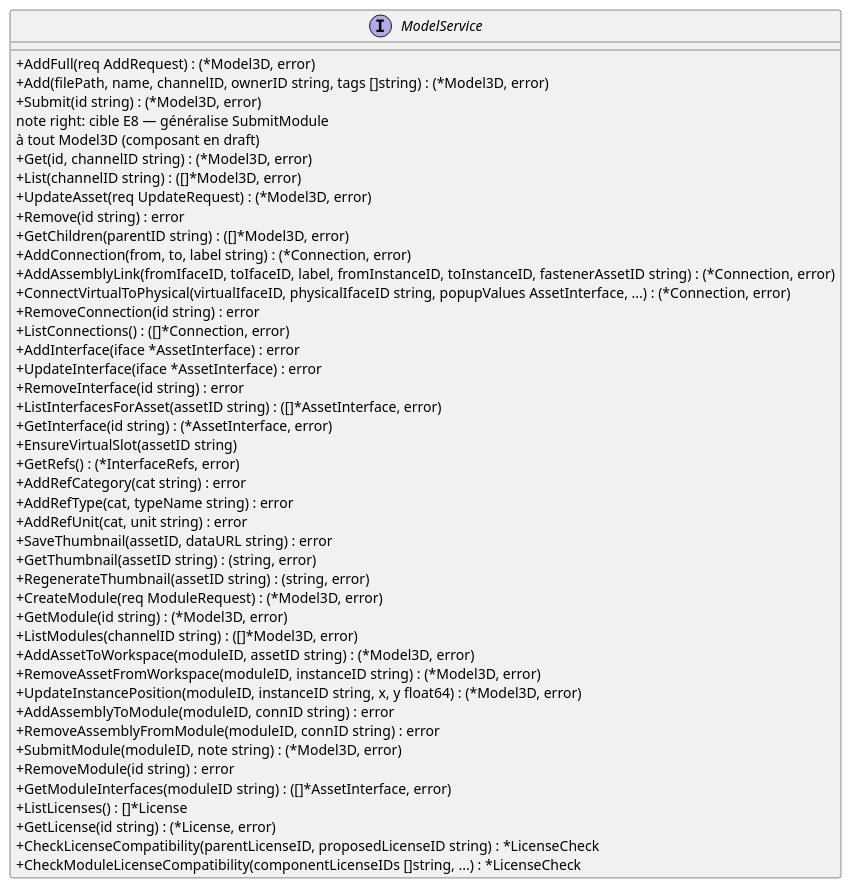
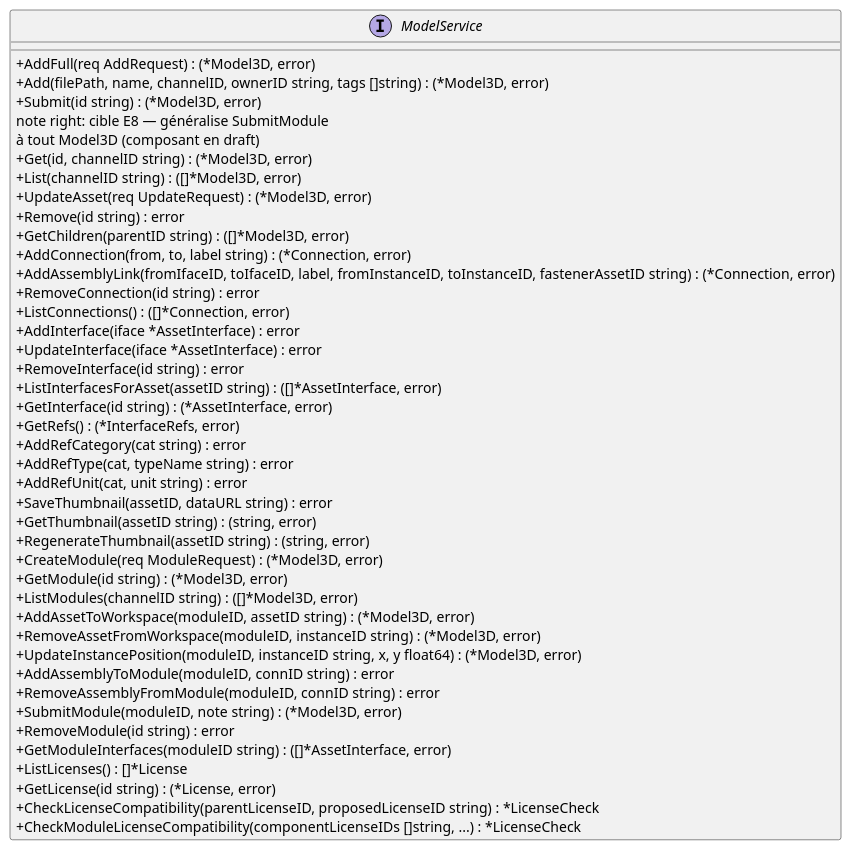
One commit to myr-forge/myr-core changed the fourth of 5 diagrams in specs/3-Conception/Architecture_Composition.md. Above: the diagram before and after it, drawn with PlantUML. The commit also changed other lines of this file and 49 other files, not shown here.

````diff
--- a/specs/3-Conception/Architecture_Composition.md
+++ b/specs/3-Conception/Architecture_Composition.md
@@ -400,55 +396,53 @@
 ```plantuml
 @startuml
 skinparam classAttributeIconSize 0
 interface ModelService {
   ' D3/D4 — Composants
   + AddFull(req AddRequest) : (*Model3D, error)
   + Add(filePath, name, channelID, ownerID string, tags []string) : (*Model3D, error)
   + Submit(id string) : (*Model3D, error)
   note right: cible E8 — généralise SubmitModule\nà tout Model3D (composant en draft)
   + Get(id, channelID string) : (*Model3D, error)
   + List(channelID string) : ([]*Model3D, error)
   + UpdateAsset(req UpdateRequest) : (*Model3D, error)
   + Remove(id string) : error
   + GetChildren(parentID string) : ([]*Model3D, error)
   ' D5 — Connexions (composition d'un module)
   + AddConnection(from, to, label string) : (*Connection, error)
   + AddAssemblyLink(fromIfaceID, toIfaceID, label, fromInstanceID, toInstanceID, fastenerAssetID string) : (*Connection, error)
-  + ConnectVirtualToPhysical(virtualIfaceID, physicalIfaceID string, popupValues AssetInterface, ...) : (*Connection, error)
   + RemoveConnection(id string) : error
   + ListConnections() : ([]*Connection, error)
   ' D5 — Interfaces physiques
   + AddInterface(iface *AssetInterface) : error
   + UpdateInterface(iface *AssetInterface) : error
   + RemoveInterface(id string) : error
   + ListInterfacesForAsset(assetID string) : ([]*AssetInterface, error)
   + GetInterface(id string) : (*AssetInterface, error)
-  + EnsureVirtualSlot(assetID string)
   + GetRefs() : (*InterfaceRefs, error)
   + AddRefCategory(cat string) : error
   + AddRefType(cat, typeName string) : error
   + AddRefUnit(cat, unit string) : error
   ' D5 — Miniatures
   + SaveThumbnail(assetID, dataURL string) : error
   + GetThumbnail(assetID string) : (string, error)
   + RegenerateThumbnail(assetID string) : (string, error)
   ' D6 — Modules
   + CreateModule(req ModuleRequest) : (*Model3D, error)
   + GetModule(id string) : (*Model3D, error)
   + ListModules(channelID string) : ([]*Model3D, error)
   + AddAssetToWorkspace(moduleID, assetID string) : (*Model3D, error)
   + RemoveAssetFromWorkspace(moduleID, instanceID string) : (*Model3D, error)
   + UpdateInstancePosition(moduleID, instanceID string, x, y float64) : (*Model3D, error)
   + AddAssemblyToModule(moduleID, connID string) : error
   + RemoveAssemblyFromModule(moduleID, connID string) : error
   + SubmitModule(moduleID, note string) : (*Model3D, error)
   + RemoveModule(id string) : error
   + GetModuleInterfaces(moduleID string) : ([]*AssetInterface, error)
   ' Licences
   + ListLicenses() : []*License
   + GetLicense(id string) : (*License, error)
   + CheckLicenseCompatibility(parentLicenseID, proposedLicenseID string) : *LicenseCheck
   + CheckModuleLicenseCompatibility(componentLicenseIDs []string, ...) : *LicenseCheck
 }
 @enduml
 ```
````
